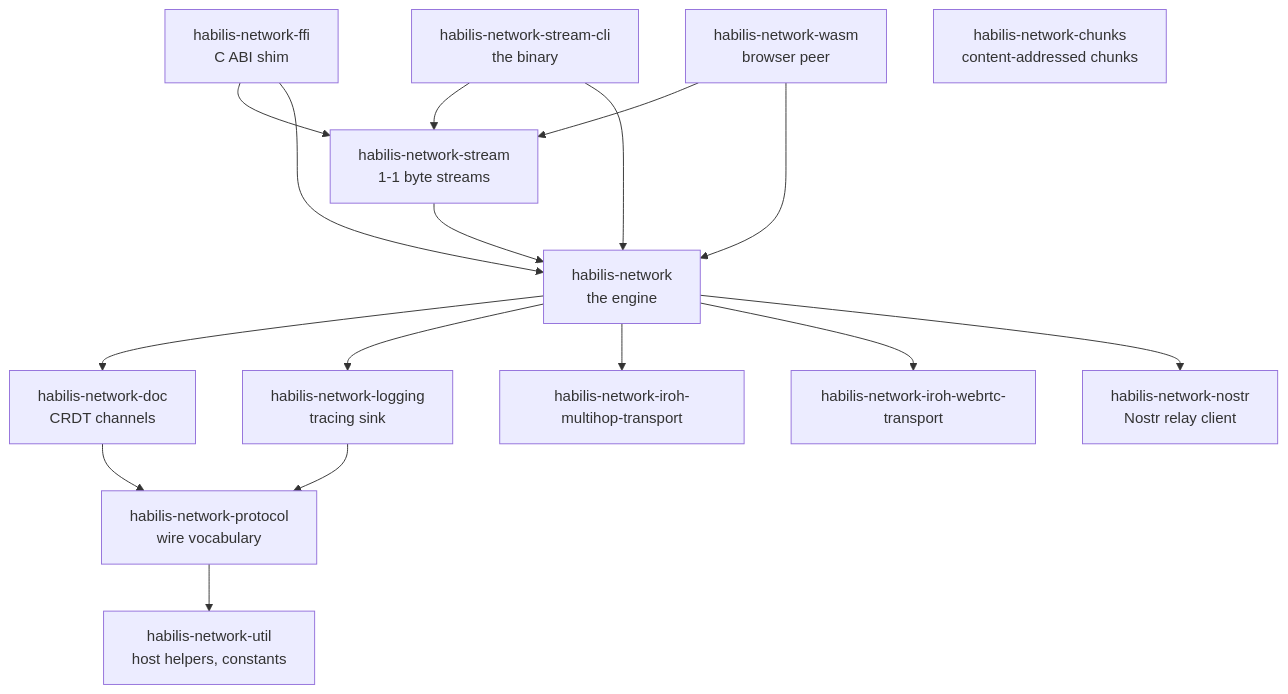
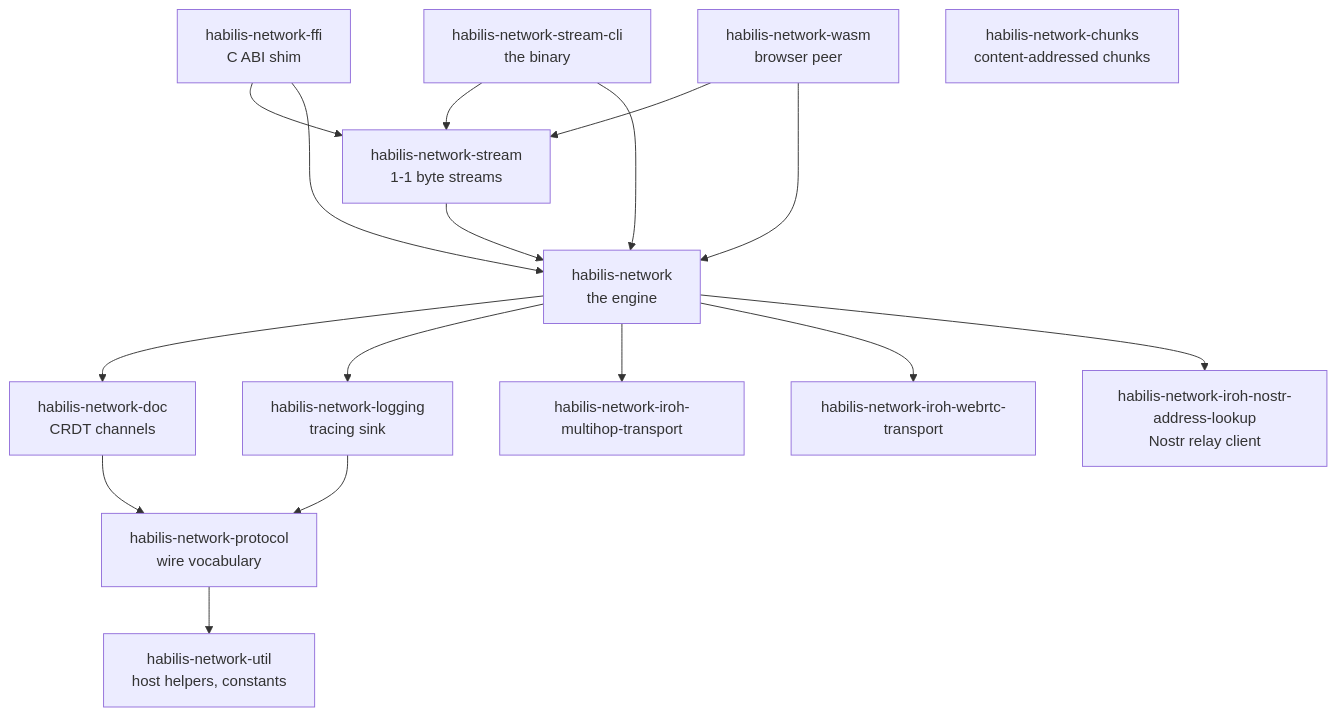
The second of 10 diagrams in docs/architecture.md (agent-habilis/habilis-network), drawn with Mermaid before and after one commit. The commit also changed other lines of this file and 23 other files, not shown here.

First line of the commit message:
refactor: rename fofoca-nostr to fofoca-iroh-nostr-address-lookup

````diff
--- a/docs/architecture.md
+++ b/docs/architecture.md
@@ -89,19 +89,19 @@
 ```mermaid
 graph TD
     ffi["habilis-network-ffi<br>C ABI shim"] --> stream["habilis-network-stream<br>1-1 byte streams"]
     wasm["habilis-network-wasm<br>browser peer"] --> stream
     cli["habilis-network-stream-cli<br>the binary"] --> stream
     cli --> engine
     ffi --> engine
     wasm --> engine
     stream --> engine
     engine["habilis-network<br>the engine"] --> doc["habilis-network-doc<br>CRDT channels"]
     engine --> logging["habilis-network-logging<br>tracing sink"]
     engine --> mh["habilis-network-iroh-multihop-transport"]
     engine --> webrtc["habilis-network-iroh-webrtc-transport"]
-    engine --> nostr["habilis-network-nostr<br>Nostr relay client"]
+    engine --> nostr["habilis-network-iroh-nostr-address-lookup<br>Nostr relay client"]
     doc --> proto["habilis-network-protocol<br>wire vocabulary"]
     logging --> proto
     proto --> util["habilis-network-util<br>host helpers, constants"]
     chunks["habilis-network-chunks<br>content-addressed chunks"]
 ```
````
